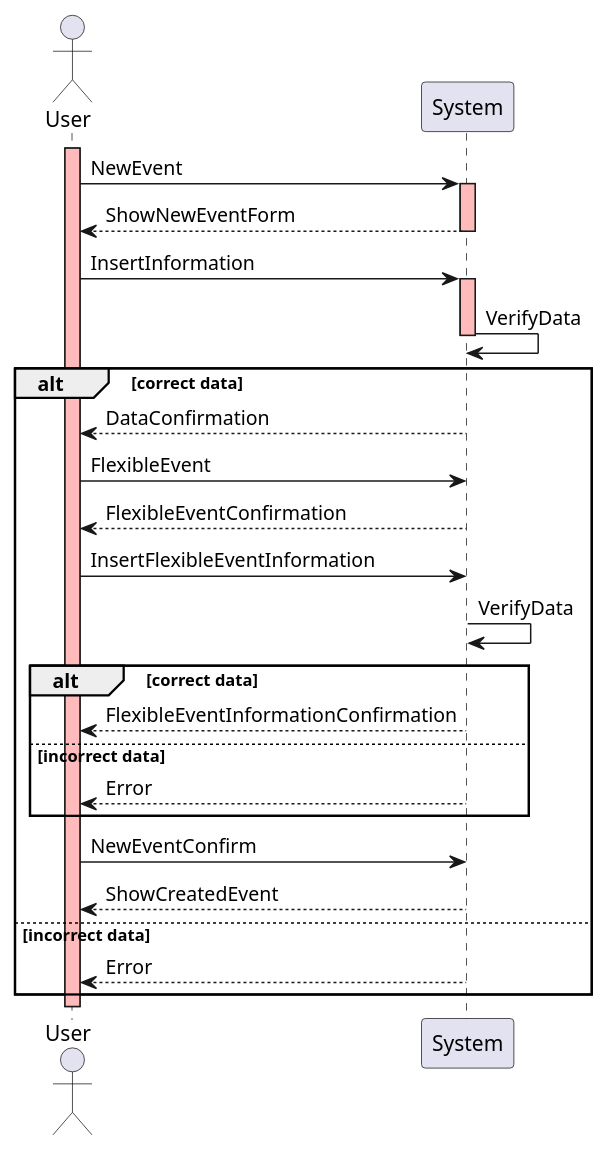
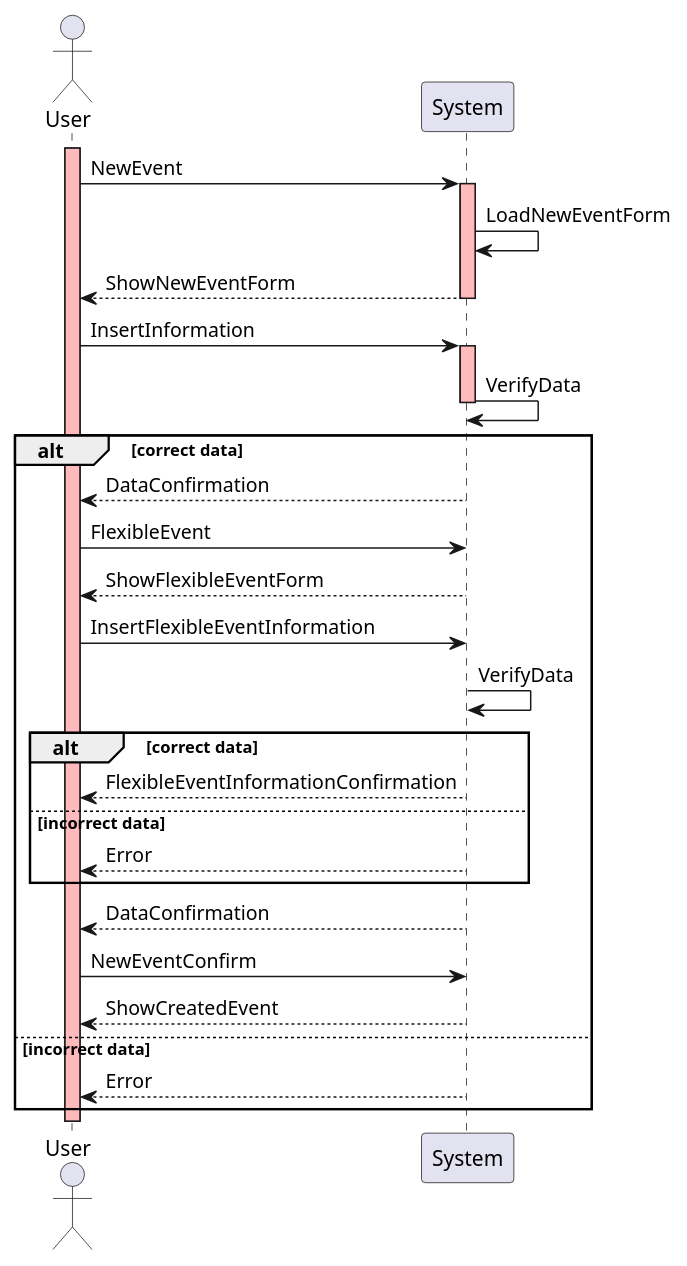
One commit to fcremo/AlfonsoCarsenzuolaCremonese-ingsw2 changed the diagram in rasd/sequence_diagram/sequence_diagram_newEvent3.plantuml. Above: the diagram before and after it, drawn with PlantUML. The commit also changed 15 other files, not shown here.

Commit message:
update sequence diagram

```diff
--- a/rasd/sequence_diagram/sequence_diagram_newEvent3.plantuml
+++ b/rasd/sequence_diagram/sequence_diagram_newEvent3.plantuml
@@ -1,35 +1,37 @@
 @startuml
 
 actor User
 participant System
 
 activate User #FFBBBB
 User -> System: NewEvent
 activate System #FFBBBB
+System -> System: LoadNewEventForm
 System --> User: ShowNewEventForm
 deactivate System
 User -> System: InsertInformation
 activate System #FFBBBB
 System -> System: VerifyData
 deactivate System
 
 alt correct data
   System --> User: DataConfirmation
   User -> System: FlexibleEvent
-  System --> User: FlexibleEventConfirmation
+  System --> User: ShowFlexibleEventForm
   User -> System: InsertFlexibleEventInformation
   System -> System: VerifyData
 
   alt correct data
     System --> User: FlexibleEventInformationConfirmation
   else incorrect data
     System --> User: Error
   end
 
+  System --> User: DataConfirmation
   User -> System: NewEventConfirm
   System --> User: ShowCreatedEvent
 else incorrect data
   System --> User: Error
 end
 
 @enduml
```
